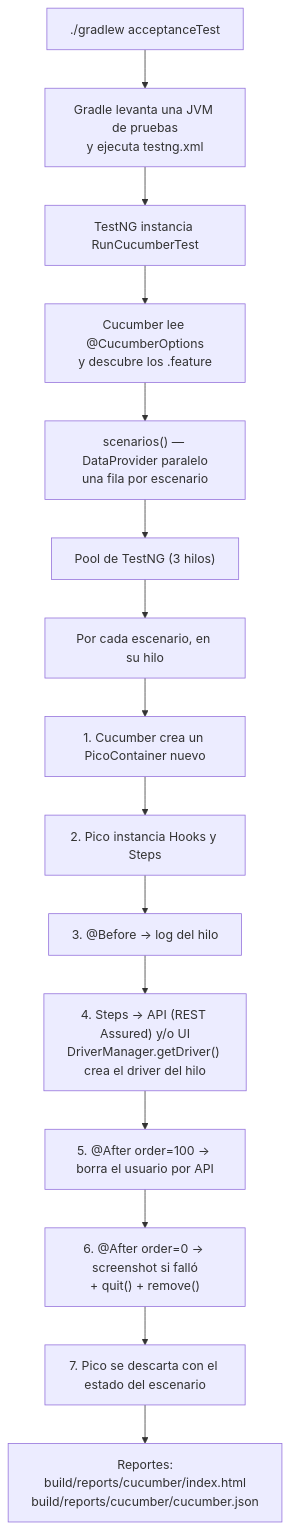
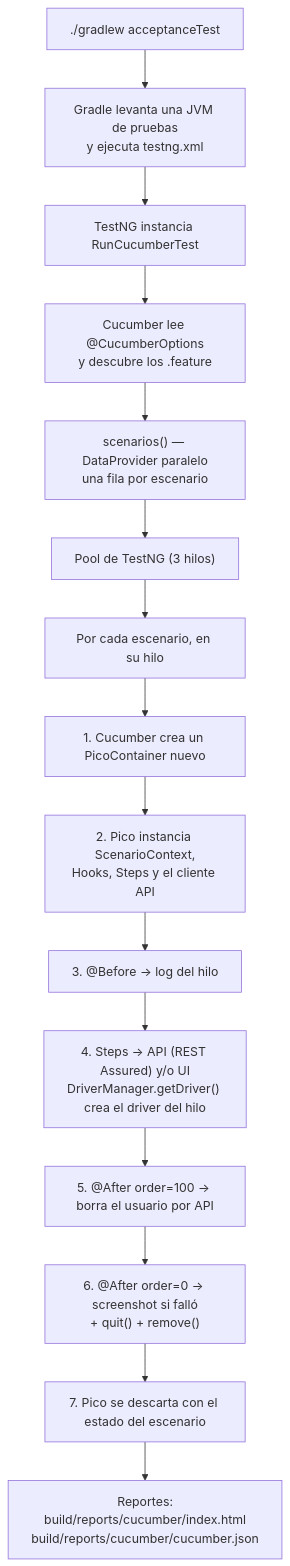
One commit to millerpaez/sentinel-Framework changed the first of 3 diagrams in README.md. Above: the diagram before and after it, drawn with Mermaid. The commit also changed other lines of this file and 1 other file, not shown here.

````diff
--- a/README.md
+++ b/README.md
@@ -234,17 +287,17 @@
 ```mermaid
 flowchart TD
     A["./gradlew acceptanceTest"] --> B["Gradle levanta una JVM de pruebas<br/>y ejecuta testng.xml"]
     B --> C["TestNG instancia RunCucumberTest"]
     C --> D["Cucumber lee @CucumberOptions<br/>y descubre los .feature"]
     D --> E["scenarios() — DataProvider paralelo<br/>una fila por escenario"]
     E --> F["Pool de TestNG (3 hilos)"]
     F --> G["Por cada escenario, en su hilo"]
     G --> G1["1. Cucumber crea un PicoContainer nuevo"]
-    G1 --> G2["2. Pico instancia Hooks y Steps"]
+    G1 --> G2["2. Pico instancia ScenarioContext,<br/>Hooks, Steps y el cliente API"]
     G2 --> G3["3. @Before → log del hilo"]
     G3 --> G4["4. Steps → API (REST Assured) y/o UI<br/>DriverManager.getDriver() crea el driver del hilo"]
     G4 --> G5["5. @After order=100 → borra el usuario por API"]
     G5 --> G6["6. @After order=0 → screenshot si falló<br/>+ quit() + remove()"]
     G6 --> G7["7. Pico se descarta con el estado del escenario"]
     G7 --> R["Reportes:<br/>build/reports/cucumber/index.html<br/>build/reports/cucumber/cucumber.json"]
 ```
````
